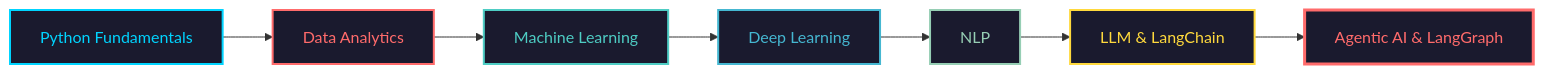
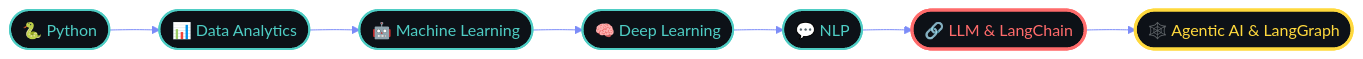
One commit to amanshah362/amanshah362 changed the diagram in README.md. Above: the diagram before and after it, drawn with Mermaid. The commit also changed other lines of this file, not shown here.

````diff
--- a/README.md
+++ b/README.md
@@ -177,17 +231,18 @@
 ```mermaid
-graph LR
-    A[Python Fundamentals] --> B[Data Analytics]
-    B --> C[Machine Learning]
-    C --> D[Deep Learning]
-    D --> E[NLP]
-    E --> F[LLM & LangChain]
-    F --> G[Agentic AI & LangGraph]
-    
-    style A fill:#1a1a2e,stroke:#00D4FF,stroke-width:2px,color:#00D4FF
-    style B fill:#1a1a2e,stroke:#FF6B6B,stroke-width:2px,color:#FF6B6B
-    style C fill:#1a1a2e,stroke:#4ECDC4,stroke-width:2px,color:#4ECDC4
-    style D fill:#1a1a2e,stroke:#45B7D1,stroke-width:2px,color:#45B7D1
-    style E fill:#1a1a2e,stroke:#96CEB4,stroke-width:2px,color:#96CEB4
-    style F fill:#1a1a2e,stroke:#FFD93D,stroke-width:2px,color:#FFD93D
-    style G fill:#1a1a2e,stroke:#FF6B6B,stroke-width:3px,color:#FF6B6B
+%%{init: {'theme':'base','themeVariables':{'primaryColor':'#0D1117','primaryTextColor':'#E6EDF3','primaryBorderColor':'#00D4FF','lineColor':'#7C8CF8','fontFamily':'Inter, sans-serif'}}}%%
+flowchart LR
+    A([🐍 Python]) --> B([📊 Data Analytics])
+    B --> C([🤖 Machine Learning])
+    C --> D([🧠 Deep Learning])
+    D --> E([💬 NLP])
+    E --> F([🔗 LLM & LangChain])
+    F --> G([🕸️ Agentic AI & LangGraph])
+
+    classDef done fill:#0D1117,stroke:#4ECDC4,stroke-width:2px,color:#4ECDC4
+    classDef current fill:#0D1117,stroke:#FF6B6B,stroke-width:3px,color:#FF6B6B
+    classDef goal fill:#0D1117,stroke:#FFD93D,stroke-width:3px,color:#FFD93D
+
+    class A,B,C,D,E done
+    class F current
+    class G goal
 ```
````
